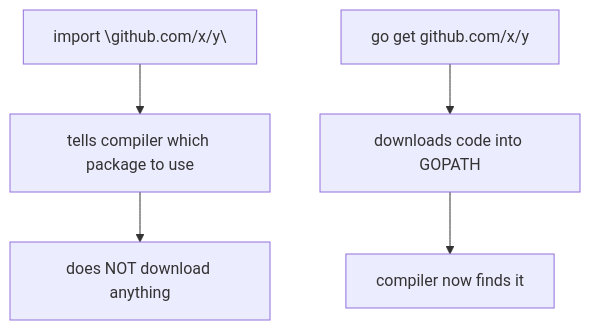
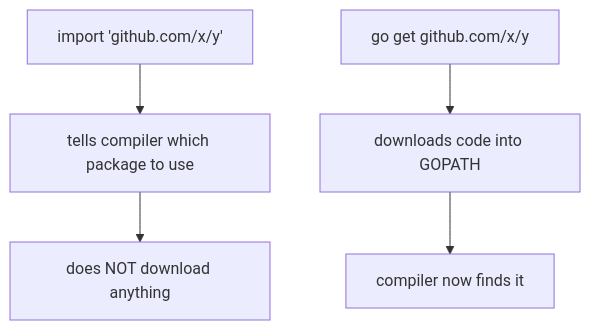
Before and after one commit to labeebahmad201/knowledge-base: the first of 5 diagrams in docs/software-engineering/go/go-imports-gopath.md, drawn with Mermaid. The commit also changed 8 other files, not shown here.

````diff
--- a/docs/software-engineering/go/go-imports-gopath.md
+++ b/docs/software-engineering/go/go-imports-gopath.md
@@ -21,7 +21,7 @@
 ```mermaid
 flowchart TD
-    IMP["import \"github.com/x/y\""] --> TELLS["tells compiler which package to use"]
+    IMP["import 'github.com/x/y'"] --> TELLS["tells compiler which package to use"]
     TELLS --> NEED["does NOT download anything"]
     FETCH["go get github.com/x/y"] --> DOWN["downloads code into GOPATH"]
     DOWN --> FOUND["compiler now finds it"]
 ```
````
